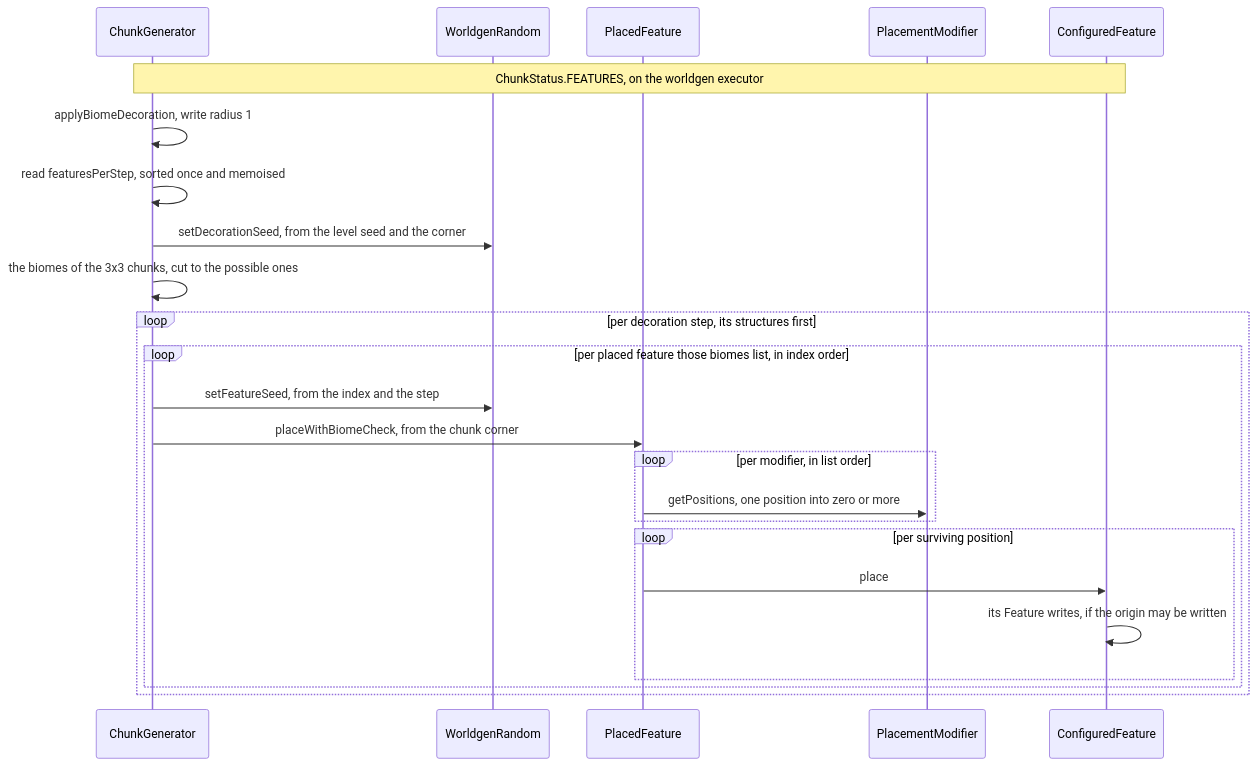
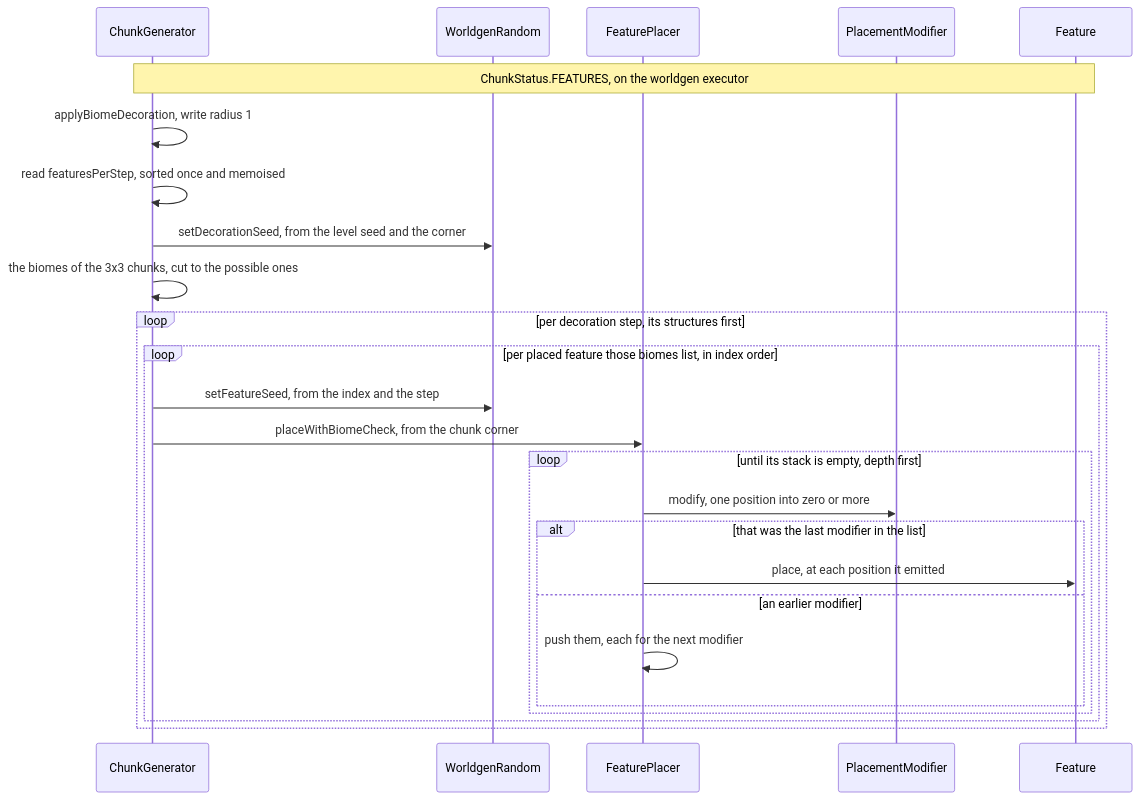
One commit to AlexanderjFraser/MinecraftDocs changed the second of 2 diagrams in src/systems/worldgen/features-and-placement.md. Above: the diagram before and after it, drawn with Mermaid. The commit also changed other lines of this file and 68 other files, not shown here.

````diff
--- a/src/systems/worldgen/features-and-placement.md
+++ b/src/systems/worldgen/features-and-placement.md
@@ -64,27 +63,28 @@
 ```mermaid
 sequenceDiagram
     participant ChunkG as ChunkGenerator
     participant WR as WorldgenRandom
-    participant PlacedF as PlacedFeature
+    participant FeatP as FeaturePlacer
     participant PMod as PlacementModifier
-    participant CF as ConfiguredFeature
+    participant Feature as Feature
 
-    Note over ChunkG,CF: ChunkStatus.FEATURES, on the worldgen executor
+    Note over ChunkG,Feature: ChunkStatus.FEATURES, on the worldgen executor
     ChunkG->>ChunkG: applyBiomeDecoration, write radius 1
     ChunkG->>ChunkG: read featuresPerStep, sorted once and memoised
     ChunkG->>WR: setDecorationSeed, from the level seed and the corner
     ChunkG->>ChunkG: the biomes of the 3x3 chunks, cut to the possible ones
     loop per decoration step, its structures first
         loop per placed feature those biomes list, in index order
             ChunkG->>WR: setFeatureSeed, from the index and the step
-            ChunkG->>PlacedF: placeWithBiomeCheck, from the chunk corner
-            loop per modifier, in list order
-                PlacedF->>PMod: getPositions, one position into zero or more
-            end
-            loop per surviving position
-                PlacedF->>CF: place
-                CF->>CF: its Feature writes, if the origin may be written
+            ChunkG->>FeatP: placeWithBiomeCheck, from the chunk corner
+            loop until its stack is empty, depth first
+                FeatP->>PMod: modify, one position into zero or more
+                alt that was the last modifier in the list
+                    FeatP->>Feature: place, at each position it emitted
+                else an earlier modifier
+                    FeatP->>FeatP: push them, each for the next modifier
+                end
             end
         end
     end
 ```
````
